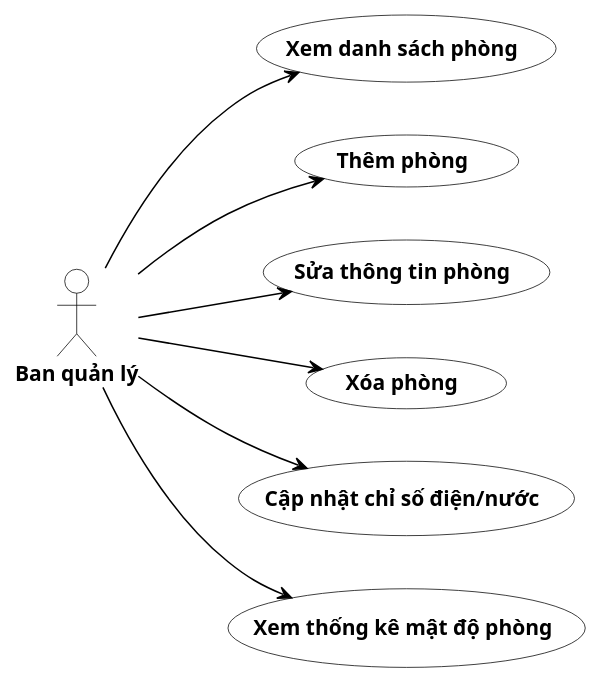
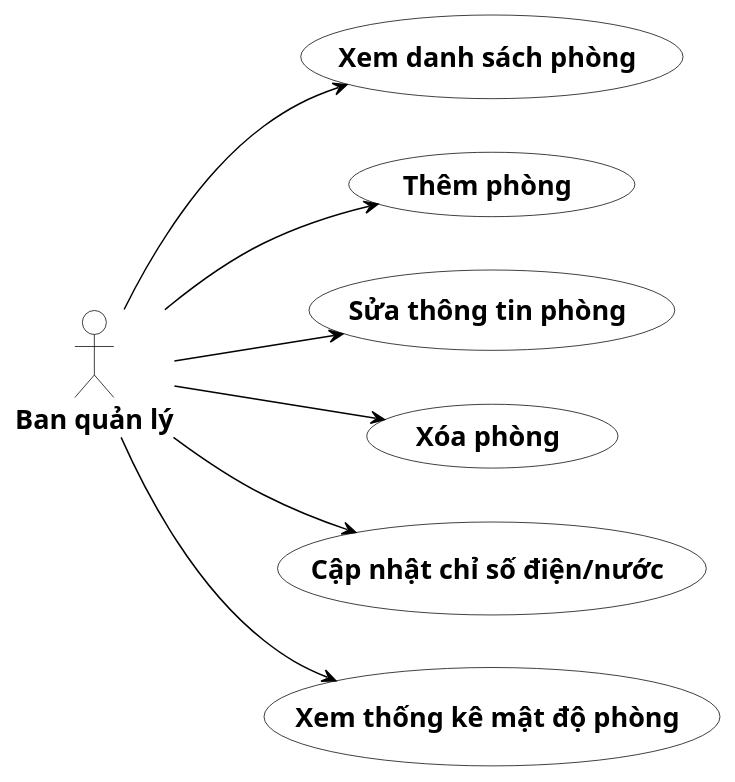
Before and after one commit to s0nbuildtech287/dormitory-frontend: the diagram in diagrams/usecase_phanra/uc_phong_o.puml, drawn with PlantUML. The commit also changed 16 other files, not shown here.

```diff
--- a/diagrams/usecase_phanra/uc_phong_o.puml
+++ b/diagrams/usecase_phanra/uc_phong_o.puml
@@ -1,30 +1,32 @@
 @startuml "UC Phân rã - Quản lý phòng ở"
+skinparam defaultFontSize 18
+skinparam defaultFontName "Times New Roman"
 left to right direction
 skinparam usecase {
   BackgroundColor White
   BorderColor Black
 }
 skinparam actor {
   BackgroundColor White
   BorderColor Black
 }
 skinparam ArrowColor Black
 skinparam ArrowThickness 1
 skinparam shadowing false
 
 actor "<b>Ban quản lý</b>" as Admin
 
 usecase "<b>Xem danh sách phòng</b>" as UC1
 usecase "<b>Thêm phòng</b>" as UC2
 usecase "<b>Sửa thông tin phòng</b>" as UC3
 usecase "<b>Xóa phòng</b>" as UC4
 usecase "<b>Cập nhật chỉ số điện/nước</b>" as UC5
 usecase "<b>Xem thống kê mật độ phòng</b>" as UC6
 
 Admin --> UC1
 Admin --> UC2
 Admin --> UC3
 Admin --> UC4
 Admin --> UC5
 Admin --> UC6
 @enduml
```
